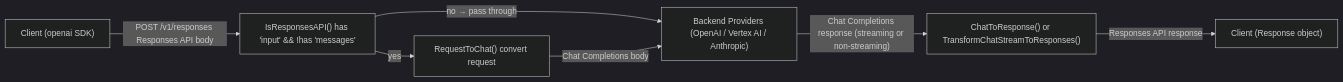
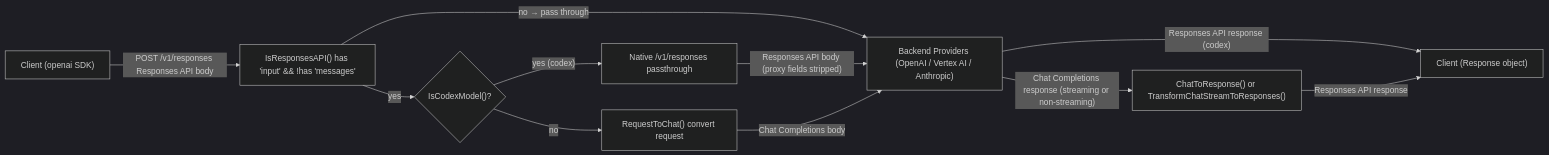
One commit to kitbuilder587/auto_ai_router changed the diagram in docs/advanced/responses.md. Above: the diagram before and after it, drawn with Mermaid (dark theme). The commit also changed other lines of this file and 4 other files, not shown here.

Commit message:
add codex responses passthrough

````diff
--- a/docs/advanced/responses.md
+++ b/docs/advanced/responses.md
@@ -20,16 +20,22 @@
 ```mermaid
 flowchart LR
     Client["Client (openai SDK)"]
     Detect["IsResponsesAPI() has 'input' && !has 'messages'"]
+    IsCodex{"IsCodexModel()?"}
     ConvReq["RequestToChat() convert request"]
     Providers["Backend Providers (OpenAI / Vertex AI / Anthropic)"]
     ConvResp["ChatToResponse() or TransformChatStreamToResponses()"]
+    Passthrough["Native /v1/responses passthrough"]
     Client2["Client (Response object)"]
 
     Client -->|"POST /v1/responses Responses API body"| Detect
-    Detect -->|"yes"| ConvReq
+    Detect -->|"yes"| IsCodex
     Detect -->|"no → pass through"| Providers
+    IsCodex -->|"yes (codex)"| Passthrough
+    IsCodex -->|"no"| ConvReq
+    Passthrough -->|"Responses API body (proxy fields stripped)"| Providers
     ConvReq -->|"Chat Completions body"| Providers
     Providers -->|"Chat Completions response (streaming or non-streaming)"| ConvResp
+    Providers -->|"Responses API response (codex)"| Client2
     ConvResp -->|"Responses API response"| Client2
 ```
````
